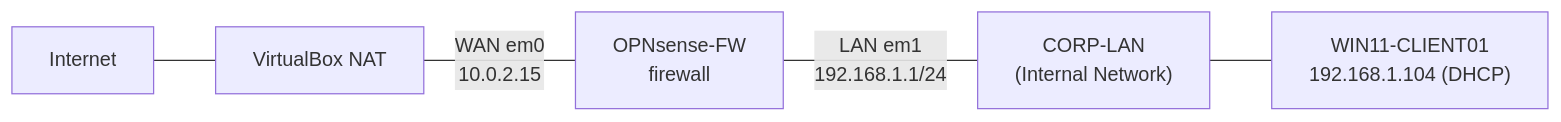
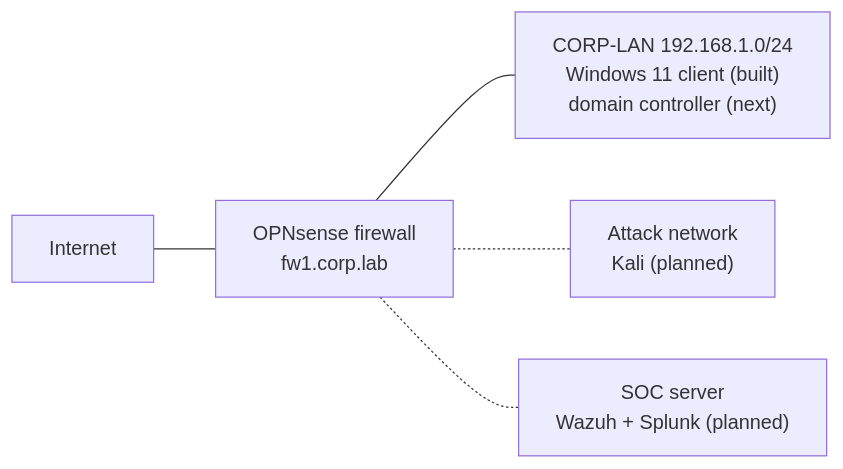
One commit to jaydenambrose5-beep/cybersecurity-labs changed the second of 2 diagrams in README.md. Above: the diagram before and after it, drawn with Mermaid. The commit also changed other lines of this file and 79 other files, not shown here.

````diff
--- a/README.md
+++ b/README.md
@@ -633,7 +101,7 @@
 ```mermaid
 flowchart LR
-    NET["Internet"] --- NAT["VirtualBox NAT"]
-    NAT -- "WAN em0<br/>10.0.2.15" --- FW["OPNsense-FW<br/>firewall"]
-    FW -- "LAN em1<br/>192.168.1.1/24" --- LAN["CORP-LAN<br/>(Internal Network)"]
-    LAN --- PC["WIN11-CLIENT01<br/>192.168.1.104 (DHCP)"]
+    NET["Internet"] --- FW["OPNsense firewall<br/>fw1.corp.lab"]
+    FW --- CORP["CORP-LAN 192.168.1.0/24<br/>Windows 11 client (built)<br/>domain controller (next)"]
+    FW -.- ATK["Attack network<br/>Kali (planned)"]
+    FW -.- SOC["SOC server<br/>Wazuh + Splunk (planned)"]
 ```
````
